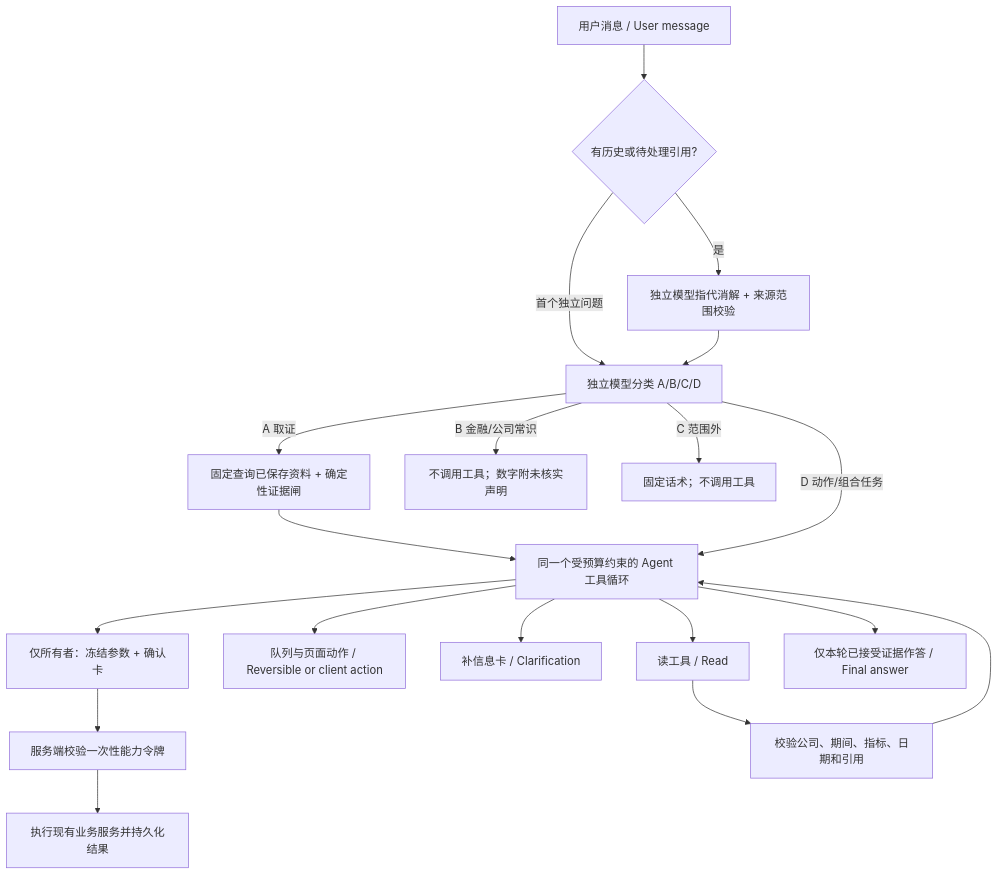
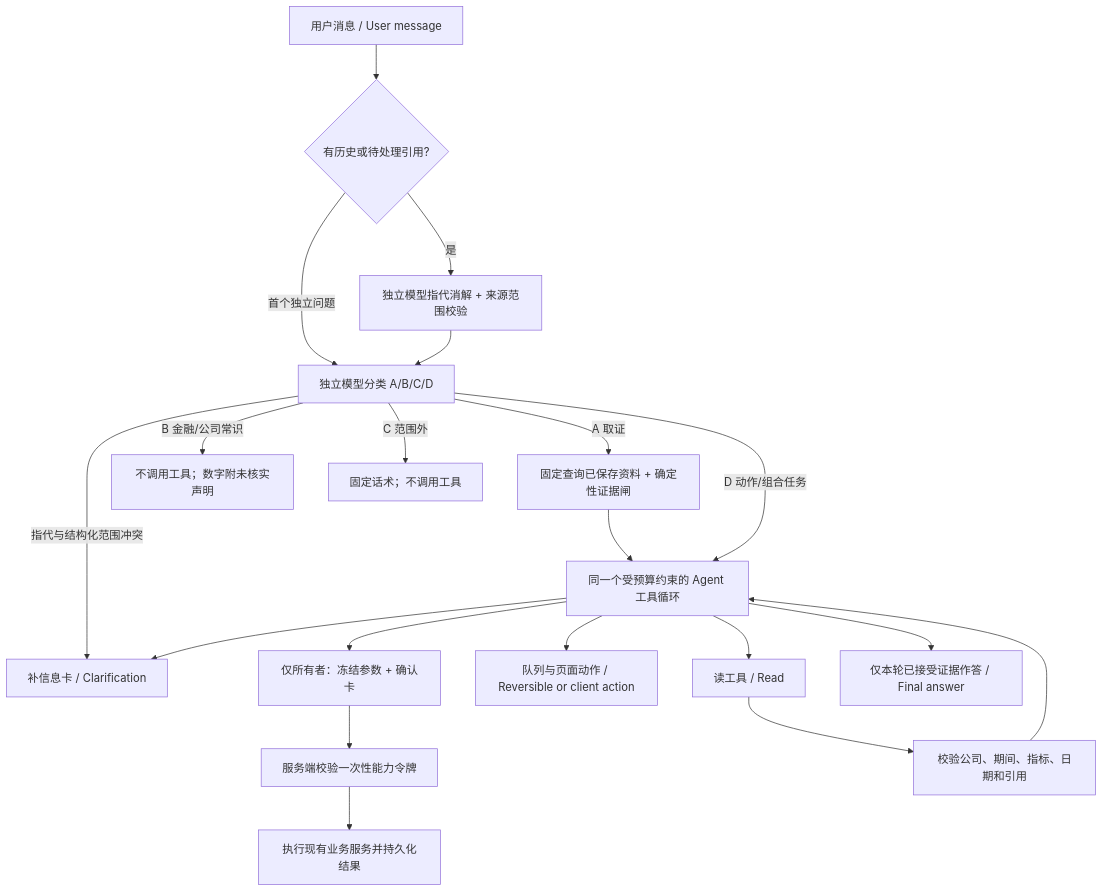
One commit to wp1461772181-glitch/market-evidence-agent changed the diagram in docs/agent-workflow.md. Above: the diagram before and after it, drawn with Mermaid. The commit also changed other lines of this file and 6 other files, not shown here.

````diff
--- a/docs/agent-workflow.md
+++ b/docs/agent-workflow.md
@@ -5,21 +5,22 @@
 ```mermaid
 flowchart TD
     U[用户消息 / User message] --> R{有历史或待处理引用?}
     R -->|是| REF[独立模型指代消解 + 来源范围校验]
     R -->|首个独立问题| CLASS[独立模型分类 A/B/C/D]
     REF --> CLASS
+    CLASS -->|指代与结构化范围冲突| CARD
     CLASS -->|A 取证| K[固定查询已保存资料 + 确定性证据闸]
     K --> LOOP[同一个受预算约束的 Agent 工具循环]
     CLASS -->|D 动作/组合任务| LOOP
     CLASS -->|B 金融/公司常识| B[不调用工具；数字附未核实声明]
     CLASS -->|C 范围外| C[固定话术；不调用工具]
     LOOP --> READ[读工具 / Read]
     LOOP --> LOCAL[队列与页面动作 / Reversible or client action]
     LOOP --> CARD[补信息卡 / Clarification]
     LOOP --> COST[仅所有者：冻结参数 + 确认卡]
     COST --> CONFIRM[服务端校验一次性能力令牌]
     CONFIRM --> WRITE[执行现有业务服务并持久化结果]
     READ --> GATE[校验公司、期间、指标、日期和引用]
     GATE --> LOOP
     LOOP --> FINAL[仅本轮已接受证据作答 / Final answer]
 ```
````
